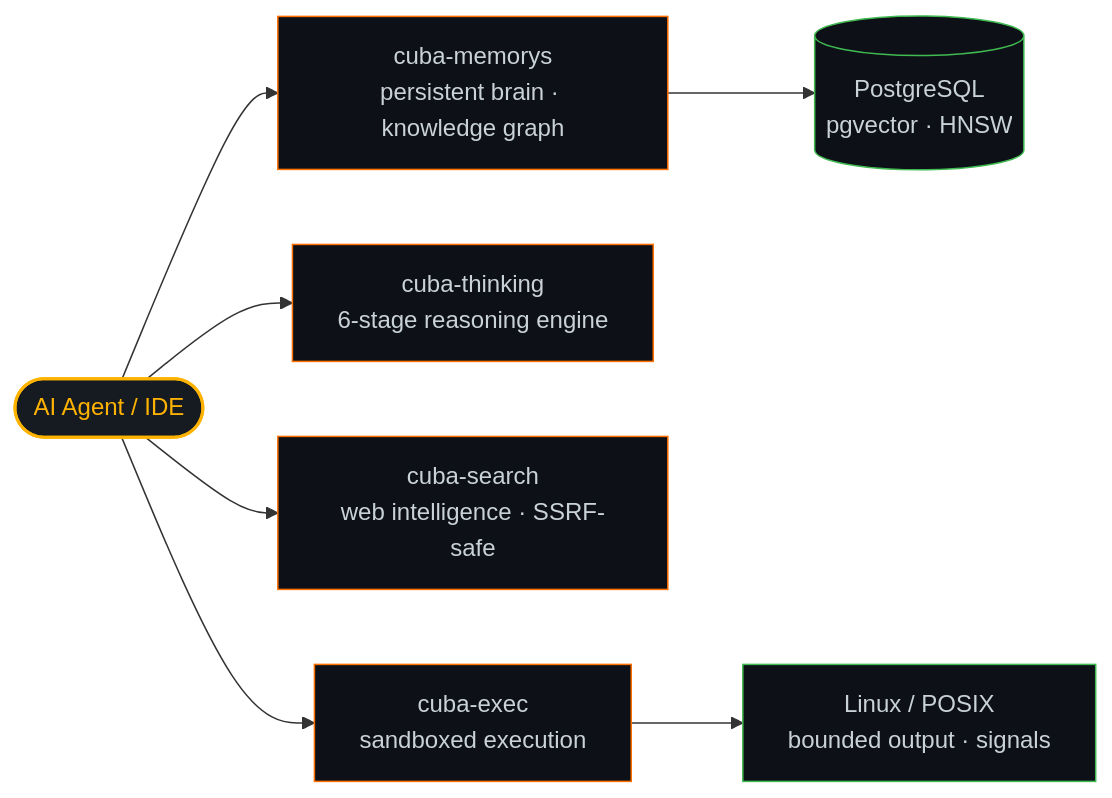
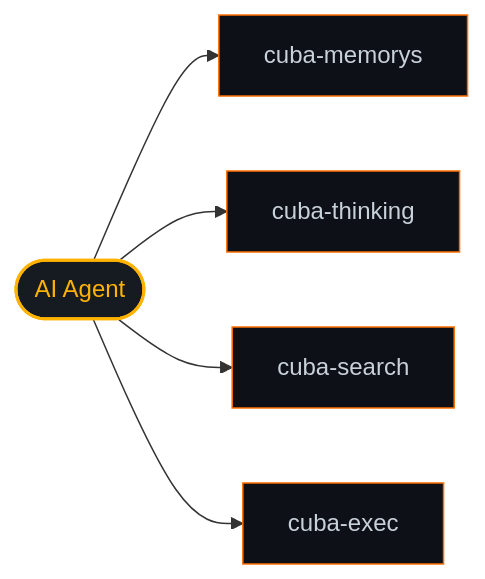
Before and after one commit to LeandroPG19/LeandroPG19: the diagram in README.md, drawn with Mermaid. The commit also changed other lines of this file, not shown here.

````diff
--- a/README.md
+++ b/README.md
@@ -102,16 +46,9 @@
 ```mermaid
 flowchart LR
-    AGENT(["AI Agent / IDE"]):::agent
-
-    AGENT --> MEM["cuba-memorys<br/>persistent brain · knowledge graph"]:::core
-    AGENT --> THINK["cuba-thinking<br/>6-stage reasoning engine"]:::core
-    AGENT --> SEARCH["cuba-search<br/>web intelligence · SSRF-safe"]:::core
-    AGENT --> EXEC["cuba-exec<br/>sandboxed execution"]:::core
-
-    MEM --> PG[("PostgreSQL<br/>pgvector · HNSW")]:::data
-    EXEC --> OS["Linux / POSIX<br/>bounded output · signals"]:::data
-
-    classDef agent fill:#161B22,stroke:#FFB300,stroke-width:2px,color:#FFB300;
-    classDef core  fill:#0D1117,stroke:#FF6F00,stroke-width:1px,color:#C9D1D9;
-    classDef data  fill:#0D1117,stroke:#3FB950,stroke-width:1px,color:#C9D1D9;
+    A(["AI Agent"]):::a --> M["cuba-memorys"]:::c
+    A --> T["cuba-thinking"]:::c
+    A --> S["cuba-search"]:::c
+    A --> E["cuba-exec"]:::c
+    classDef a fill:#161B22,stroke:#FFB300,stroke-width:2px,color:#FFB300;
+    classDef c fill:#0D1117,stroke:#FF6F00,stroke-width:1px,color:#C9D1D9;
 ```
````
